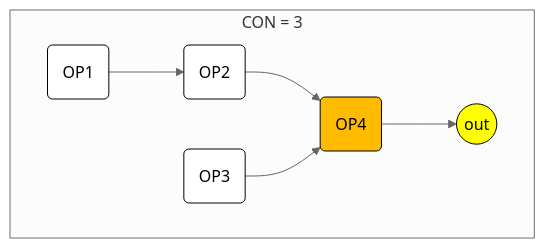
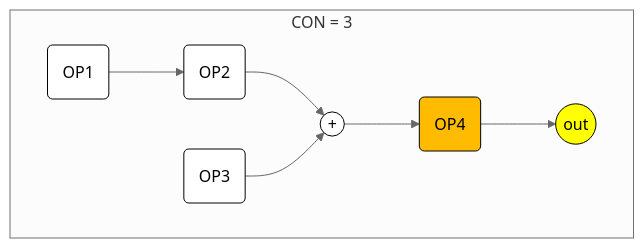
One commit to lineardrive/V3MMLmanual changed the fourth of 14 diagrams in docs/ch06/6_56.md. Above: the diagram before and after it, drawn with Mermaid (neutral theme). The commit also changed other lines of this file and 1 other file, not shown here.

Commit message:
CON図更新

````diff
--- a/docs/ch06/6_56.md
+++ b/docs/ch06/6_56.md
@@ -73,13 +75,14 @@
 ```mermaid
 flowchart LR
   subgraph CON["CON = 3"]
     direction LR
-    OP1("OP1") --> OP2("OP2") --> OP4("OP4") --> OUT(("out"))
-    OP3("OP3") --> OP4("OP4")
+    OP1("OP1") --> OP2("OP2") --> S(("+")) --> OP4("OP4") --> OUT(("out"))
+    OP3("OP3") --> S(("+"))
   end
 style OP1 fill:#fff, stroke:#000, color:#000
 style OP2 fill:#fff, stroke:#000, color:#000
 style OP3 fill:#fff, stroke:#000, color:#000
 style OP4 fill:#fb0, stroke:#000, color:#000
+style S   fill:#fff, stroke:#000, color:#000
 style OUT fill:#ff0, stroke:#000, color:#000
 ```
````
